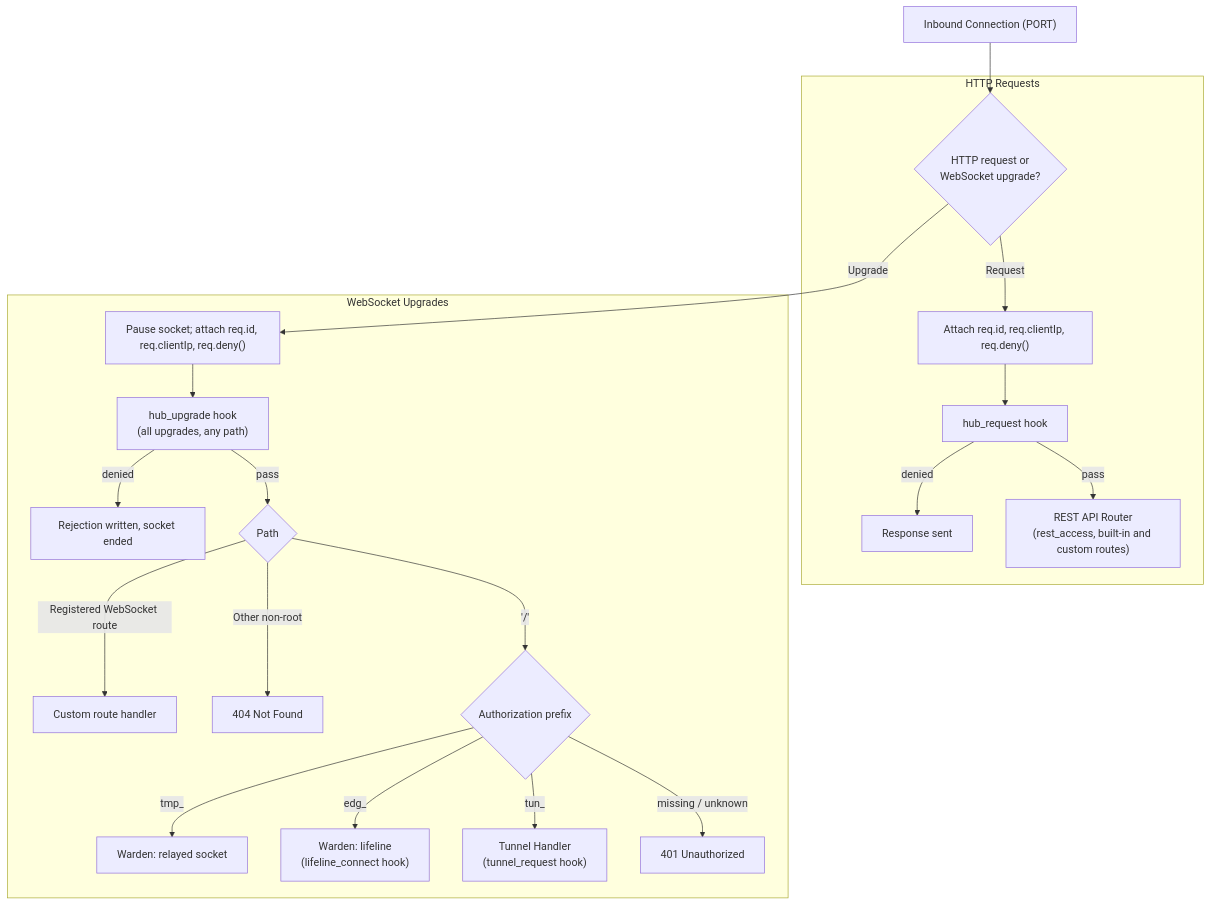
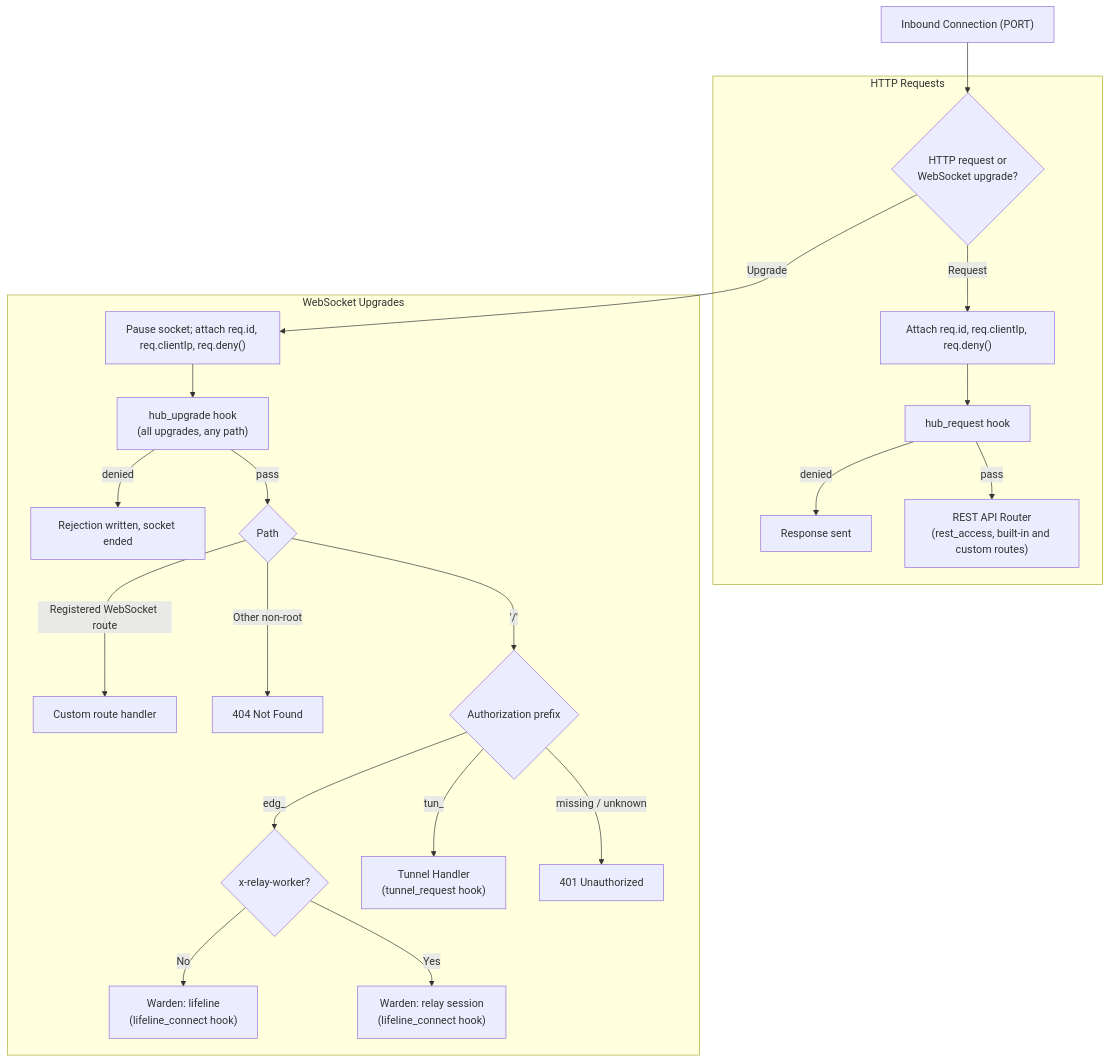
Before and after one commit to fullstackedorg/tunnels: the diagram in docs/3-subsystems/http-server.md, drawn with Mermaid. The commit also changed other lines of this file and 56 other files, not shown here.

````diff
--- a/docs/3-subsystems/http-server.md
+++ b/docs/3-subsystems/http-server.md
@@ -3,25 +3,26 @@
 ```mermaid
 flowchart TD
     Inbound["Inbound Connection (PORT)"] --> Type{"HTTP request or\nWebSocket upgrade?"}
 
     subgraph HTTPFlow["HTTP Requests"]
         Type -->|"Request"| Wrap1["Attach req.id, req.clientIp, req.deny()"]
         Wrap1 --> HubReq["hub_request hook"]
         HubReq -->|"denied"| Halt1["Response sent"]
         HubReq -->|"pass"| REST["REST API Router\n(rest_access, built-in and custom routes)"]
     end
 
     subgraph UpgradeFlow["WebSocket Upgrades"]
         Type -->|"Upgrade"| Wrap2["Pause socket; attach req.id, req.clientIp, req.deny()"]
         Wrap2 --> HubUp["hub_upgrade hook\n(all upgrades, any path)"]
         HubUp -->|"denied"| Halt2["Rejection written, socket ended"]
         HubUp -->|"pass"| Path{"Path"}
         Path -->|"Registered WebSocket route"| Custom["Custom route handler"]
         Path -->|"Other non-root"| R404["404 Not Found"]
         Path -->|"'/'"| Prefix{"Authorization prefix"}
-        Prefix -->|"tmp_"| Relayed["Warden: relayed socket"]
-        Prefix -->|"edg_"| Lifeline["Warden: lifeline\n(lifeline_connect hook)"]
+        Prefix -->|"edg_"| EdgeKind{"x-relay-worker?"}
+        EdgeKind -->|"No"| Lifeline["Warden: lifeline\n(lifeline_connect hook)"]
+        EdgeKind -->|"Yes"| Relayed["Warden: relay session\n(lifeline_connect hook)"]
         Prefix -->|"tun_"| Tunnel["Tunnel Handler\n(tunnel_request hook)"]
         Prefix -->|"missing / unknown"| R401["401 Unauthorized"]
     end
 ```
````
